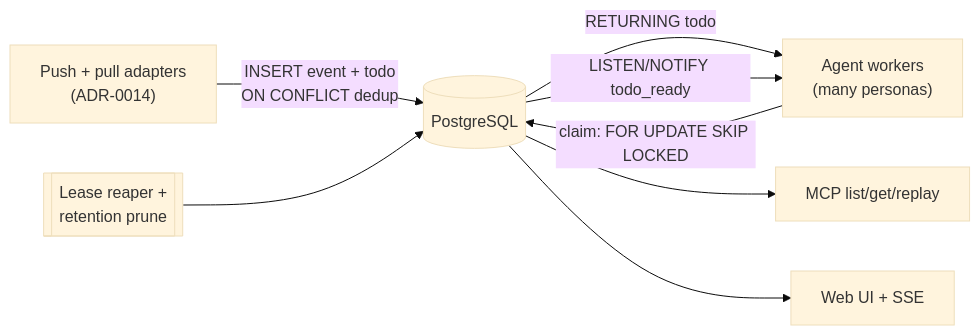
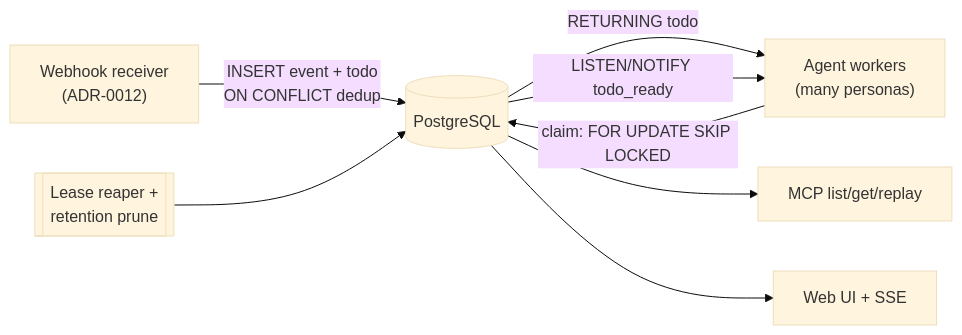
One commit to stump-wtf/switchboard changed the first of 2 diagrams in docs/openspec/specs/persistence/design.md. Above: the diagram before and after it, drawn with Mermaid (base theme). The commit also changed other lines of this file and 295 other files, not shown here.

````diff
--- a/docs/openspec/specs/persistence/design.md
+++ b/docs/openspec/specs/persistence/design.md
@@ -97,10 +97,10 @@
 ```mermaid
 flowchart LR
-  ingest["Push + pull adapters<br/>(ADR-0014)"] -->|"INSERT event + todo<br/>ON CONFLICT dedup"| db[("PostgreSQL")]
+  ingest["Webhook receiver<br/>(ADR-0012)"] -->|"INSERT event + todo<br/>ON CONFLICT dedup"| db[("PostgreSQL")]
   workers["Agent workers<br/>(many personas)"] -->|"claim: FOR UPDATE SKIP LOCKED"| db
   db -->|"RETURNING todo"| workers
   reaper[["Lease reaper +<br/>retention prune"]] --> db
   db -->|"LISTEN/NOTIFY todo_ready"| workers
   db --> mcp["MCP list/get/replay"]
   db --> ui["Web UI + SSE"]
 ```
````
